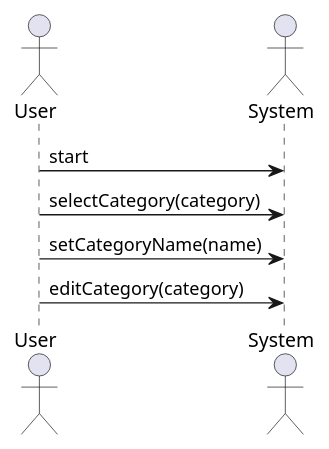
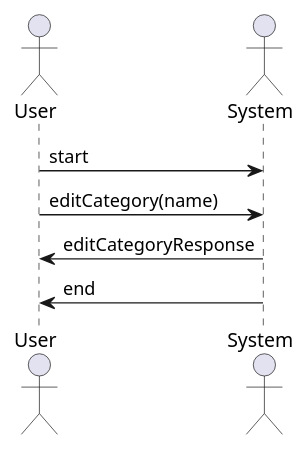
One commit to drDeepl/purchased-products-app-nest changed the diagram in src/diagrams_operations/edit_category.wsd. Above: the diagram before and after it, drawn with PlantUML. The commit also changed 36 other files, not shown here.

```diff
--- a/src/diagrams_operations/edit_category.wsd
+++ b/src/diagrams_operations/edit_category.wsd
@@ -1,14 +1,13 @@
 @startuml edit_category
 
 skinparam backgroundColor #FFFFFF
 
 
 actor User
 actor System
 
 User -> System: start
-User -> System: selectCategory(category)
-User -> System: setCategoryName(name)
-User -> System: editCategory(category)
-
+User -> System: editCategory(name)
+System -> User: editCategoryResponse
+System -> User: end
 @enduml
```
